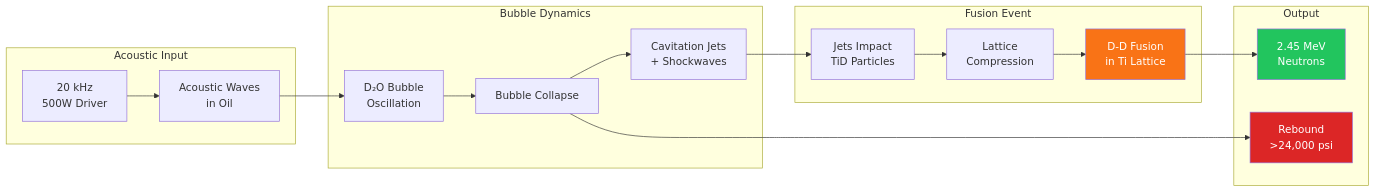
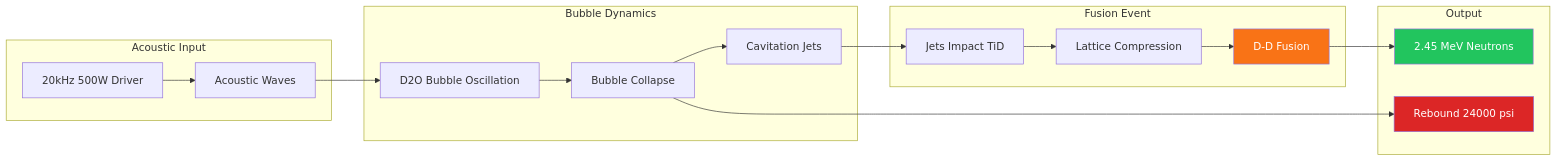
The second of 2 diagrams in website/docs/research/published-results.md (szemkoff/LAFRES), drawn with Mermaid before and after one commit. The commit also changed other lines of this file and 7 other files, not shown here.

First line of the commit message:
Fix Mermaid diagram syntax - remove br tags

````diff
--- a/website/docs/research/published-results.md
+++ b/website/docs/research/published-results.md
@@ -154,27 +154,27 @@
 ```mermaid
 flowchart LR
     subgraph Input["Acoustic Input"]
-        A[20 kHz<br/>500W Driver] --> B[Acoustic Waves<br/>in Oil]
+        A["20kHz 500W Driver"] --> B["Acoustic Waves"]
     end
     
     subgraph Cavitation["Bubble Dynamics"]
-        B --> C[D₂O Bubble<br/>Oscillation]
-        C --> D[Bubble Collapse]
-        D --> E[Cavitation Jets<br/>+ Shockwaves]
+        B --> C["D2O Bubble Oscillation"]
+        C --> D["Bubble Collapse"]
+        D --> E["Cavitation Jets"]
     end
     
     subgraph Fusion["Fusion Event"]
-        E --> F[Jets Impact<br/>TiD Particles]
-        F --> G[Lattice<br/>Compression]
-        G --> H[D-D Fusion<br/>in Ti Lattice]
+        E --> F["Jets Impact TiD"]
+        F --> G["Lattice Compression"]
+        G --> H["D-D Fusion"]
     end
     
     subgraph Output["Output"]
-        H --> I[2.45 MeV<br/>Neutrons]
-        D --> J[Rebound<br/>>24,000 psi]
+        H --> I["2.45 MeV Neutrons"]
+        D --> J["Rebound 24000 psi"]
     end
     
     style H fill:#f97316,color:#fff
     style I fill:#22c55e,color:#fff
     style J fill:#dc2626,color:#fff
 ```
````
